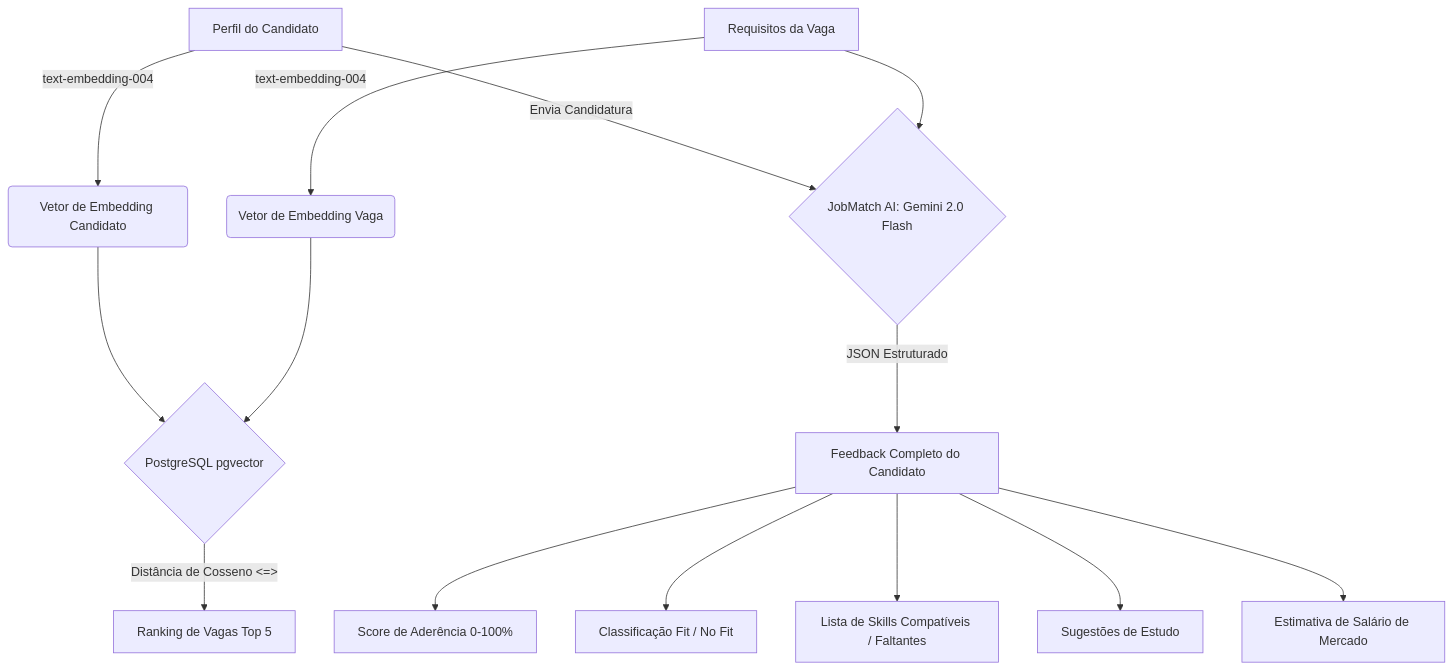
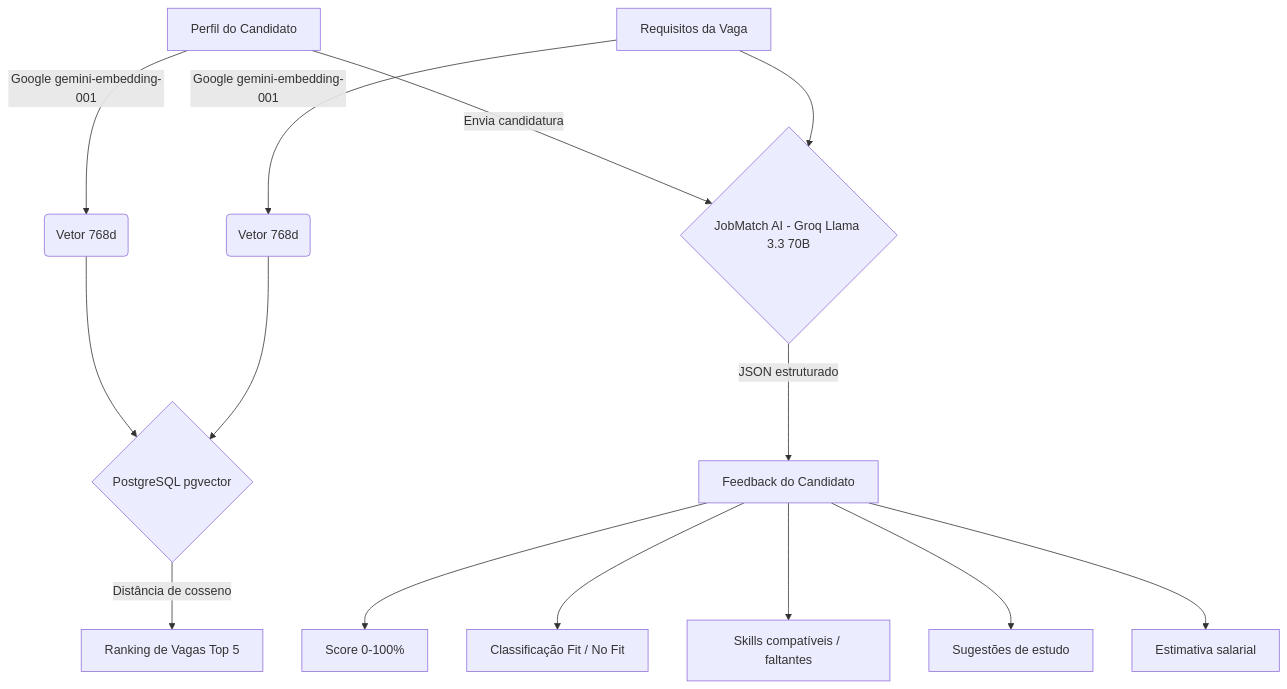
One commit to idarlandias/jobs-platform changed the diagram in README.md. Above: the diagram before and after it, drawn with Mermaid. The commit also changed other lines of this file, not shown here.

````diff
--- a/README.md
+++ b/README.md
@@ -55,21 +71,17 @@
 ```mermaid
 graph TD
-    A[Perfil do Candidato] -->|text-embedding-004| B(Vetor de Embedding Candidato)
-    C[Requisitos da Vaga] -->|text-embedding-004| D(Vetor de Embedding Vaga)
-    
+    A[Perfil do Candidato] -->|Google gemini-embedding-001| B(Vetor 768d)
+    C[Requisitos da Vaga] -->|Google gemini-embedding-001| D(Vetor 768d)
     B --> E{PostgreSQL pgvector}
     D --> E
-    
-    E -->|Distância de Cosseno <=>| F[Ranking de Vagas Top 5]
-    
-    A -->|Envia Candidatura| G{JobMatch AI: Gemini 2.0 Flash}
+    E -->|Distância de cosseno| F[Ranking de Vagas Top 5]
+
+    A -->|Envia candidatura| G{JobMatch AI - Groq Llama 3.3 70B}
     C --> G
-    
-    G -->|JSON Estruturado| H[Feedback Completo do Candidato]
-    
-    H --> H1[Score de Aderência 0-100%]
+    G -->|JSON estruturado| H[Feedback do Candidato]
+    H --> H1[Score 0-100%]
     H --> H2[Classificação Fit / No Fit]
-    H --> H3[Lista de Skills Compatíveis / Faltantes]
-    H --> H4[Sugestões de Estudo]
-    H --> H5[Estimativa de Salário de Mercado]
+    H --> H3[Skills compatíveis / faltantes]
+    H --> H4[Sugestões de estudo]
+    H --> H5[Estimativa salarial]
 ```
````
